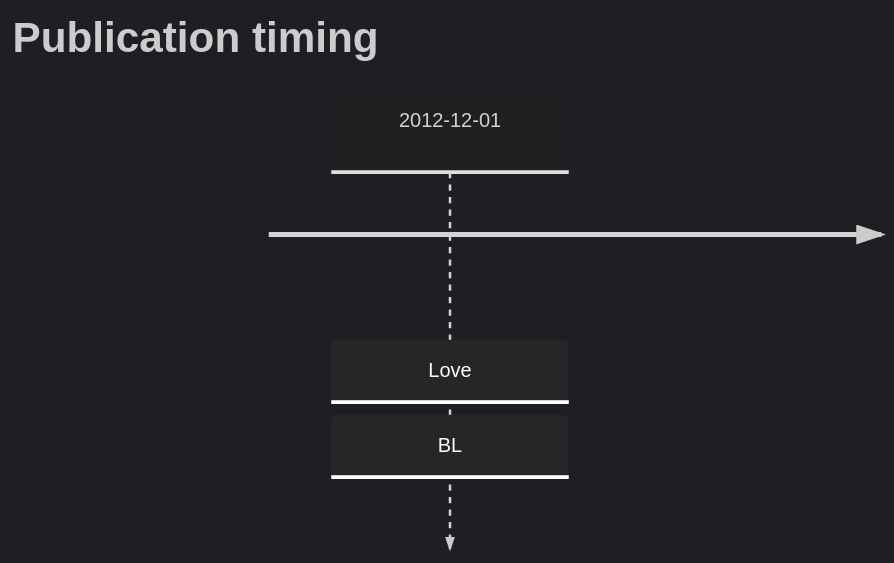
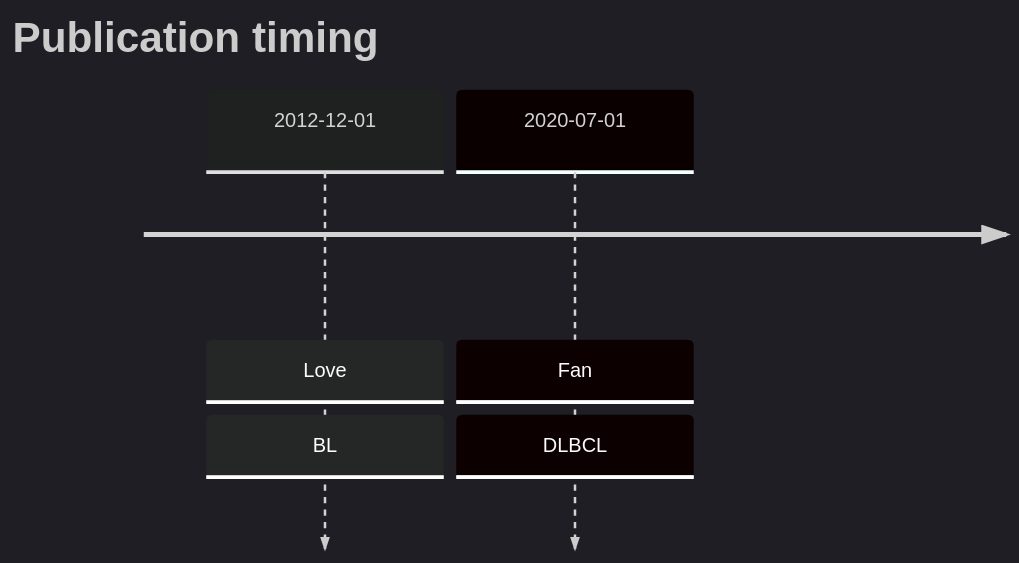
One commit to morinlab/lymphopedia changed the diagram in mermaid_RET.md. Above: the diagram before and after it, drawn with Mermaid. The commit also changed 6 other files, not shown here.

````diff
--- a/mermaid_RET.md
+++ b/mermaid_RET.md
@@ -2,6 +2,7 @@
 ```mermaid
 %%{init: { 'logLevel': 'debug', 'theme': 'dark' } }%%
 timeline
     title Publication timing
       2012-12-01 : Love : BL
+      2020-07-01: Fan : DLBCL
 ```
````
